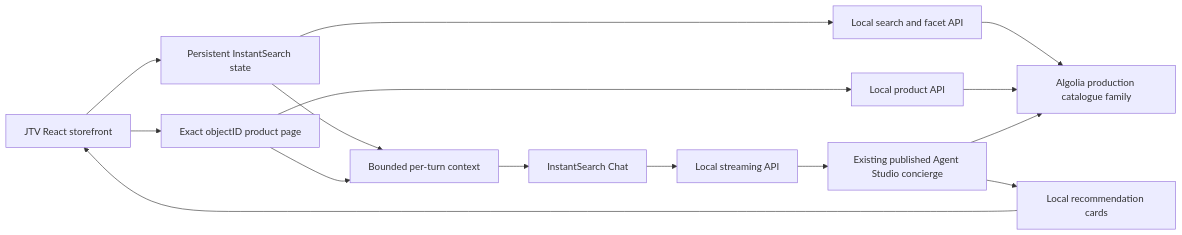
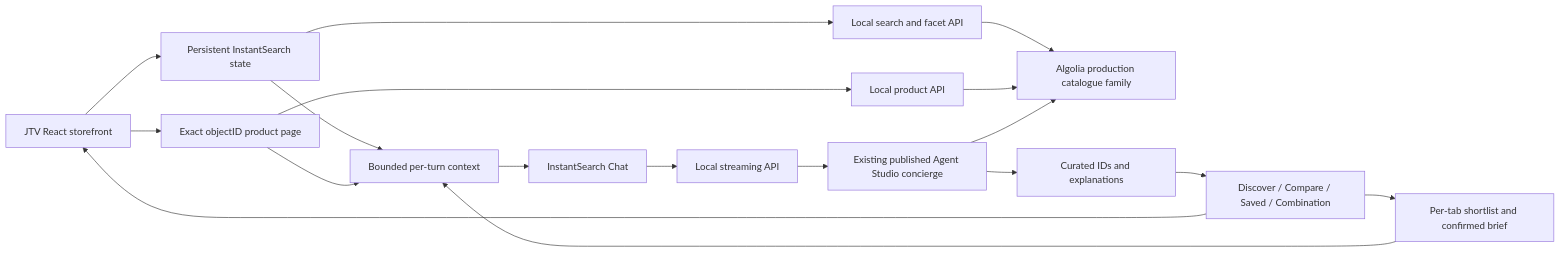
Before and after one commit to ArijitChowdhury-Algolia/jewellerytv: the diagram in storefront/README.md, drawn with Mermaid. The commit also changed other lines of this file and 27 other files, not shown here.

````diff
--- a/storefront/README.md
+++ b/storefront/README.md
@@ -31,17 +31,20 @@
 ```mermaid
 flowchart LR
   Shopper[JTV React storefront] --> State[Persistent InstantSearch state]
   State --> Search[Local search and facet API]
   Shopper --> Detail[Exact objectID product page]
   Detail --> Product[Local product API]
   State --> Context[Bounded per-turn context]
   Detail --> Context
   Context --> Chat[InstantSearch Chat]
   Chat --> Stream[Local streaming API]
   Search --> Catalogue[Algolia production catalogue family]
   Product --> Catalogue
   Stream --> Agent[Existing published Agent Studio concierge]
   Agent --> Catalogue
-  Agent --> Cards[Local recommendation cards]
-  Cards --> Shopper
+  Agent --> Cards[Curated IDs and explanations]
+  Cards --> Workspace[Discover / Compare / Saved / Combination]
+  Workspace --> Shopper
+  Workspace --> Session[Per-tab shortlist and confirmed brief]
+  Session --> Context
 ```
````
